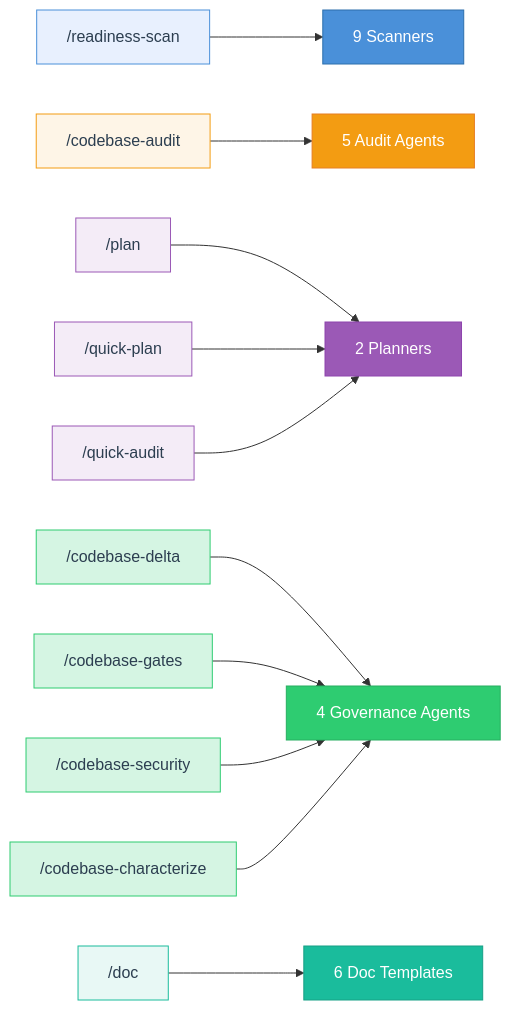
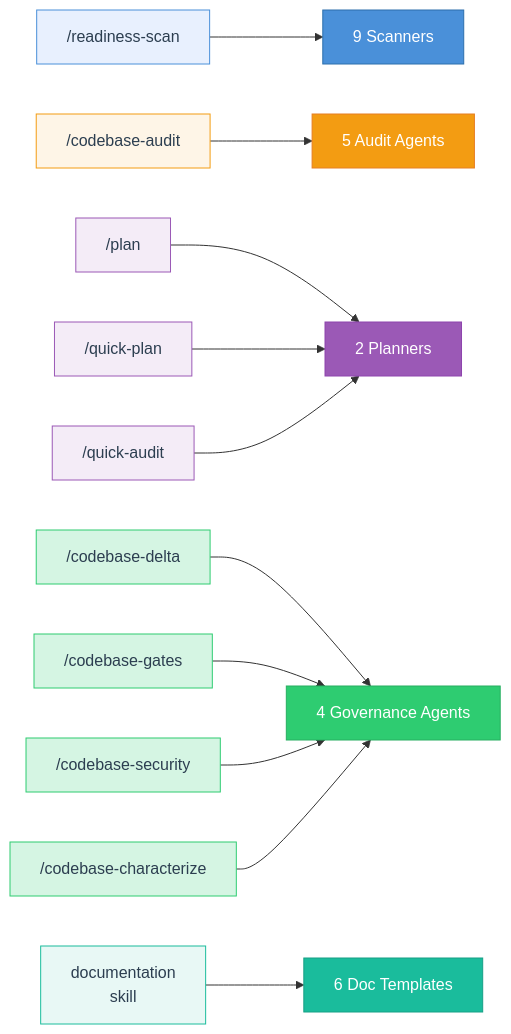
Before and after one commit to krwhynot/deepgrade: the second of 5 diagrams in GUIDE.md, drawn with Mermaid. The commit also changed other lines of this file and 15 other files, not shown here.

````diff
--- a/GUIDE.md
+++ b/GUIDE.md
@@ -83,30 +83,30 @@
 ```mermaid
 graph LR
     RS["/readiness-scan"] --> SCAN["9 Scanners"]
     CA["/codebase-audit"] --> AUDIT["5 Audit Agents"]
     PL["/plan"] --> PLAN_A["2 Planners"]
     QP["/quick-plan"] --> PLAN_A
     QA["/quick-audit"] --> PLAN_A
     CD["/codebase-delta"] --> GOV["4 Governance Agents"]
     CG["/codebase-gates"] --> GOV
     CS["/codebase-security"] --> GOV
     CC["/codebase-characterize"] --> GOV
-    DOC["/doc"] --> TEMPLATES["6 Doc Templates"]
+    DOC["documentation<br/>skill"] --> TEMPLATES["6 Doc Templates"]
 
     style RS fill:#E8F0FE,stroke:#4A90D9,color:#2C3E50
     style CA fill:#FEF5E7,stroke:#F39C12,color:#2C3E50
     style PL fill:#F4ECF7,stroke:#9B59B6,color:#2C3E50
     style QP fill:#F4ECF7,stroke:#9B59B6,color:#2C3E50
     style QA fill:#F4ECF7,stroke:#9B59B6,color:#2C3E50
     style CD fill:#D5F5E3,stroke:#2ECC71,color:#2C3E50
     style CG fill:#D5F5E3,stroke:#2ECC71,color:#2C3E50
     style CS fill:#D5F5E3,stroke:#2ECC71,color:#2C3E50
     style CC fill:#D5F5E3,stroke:#2ECC71,color:#2C3E50
     style DOC fill:#E8F8F5,stroke:#1ABC9C,color:#2C3E50
 
     style SCAN fill:#4A90D9,stroke:#2C6FAC,color:#fff
     style AUDIT fill:#F39C12,stroke:#E67E22,color:#fff
     style PLAN_A fill:#9B59B6,stroke:#8E44AD,color:#fff
     style GOV fill:#2ECC71,stroke:#27AE60,color:#fff
     style TEMPLATES fill:#1ABC9C,stroke:#16A085,color:#fff
 ```
````
